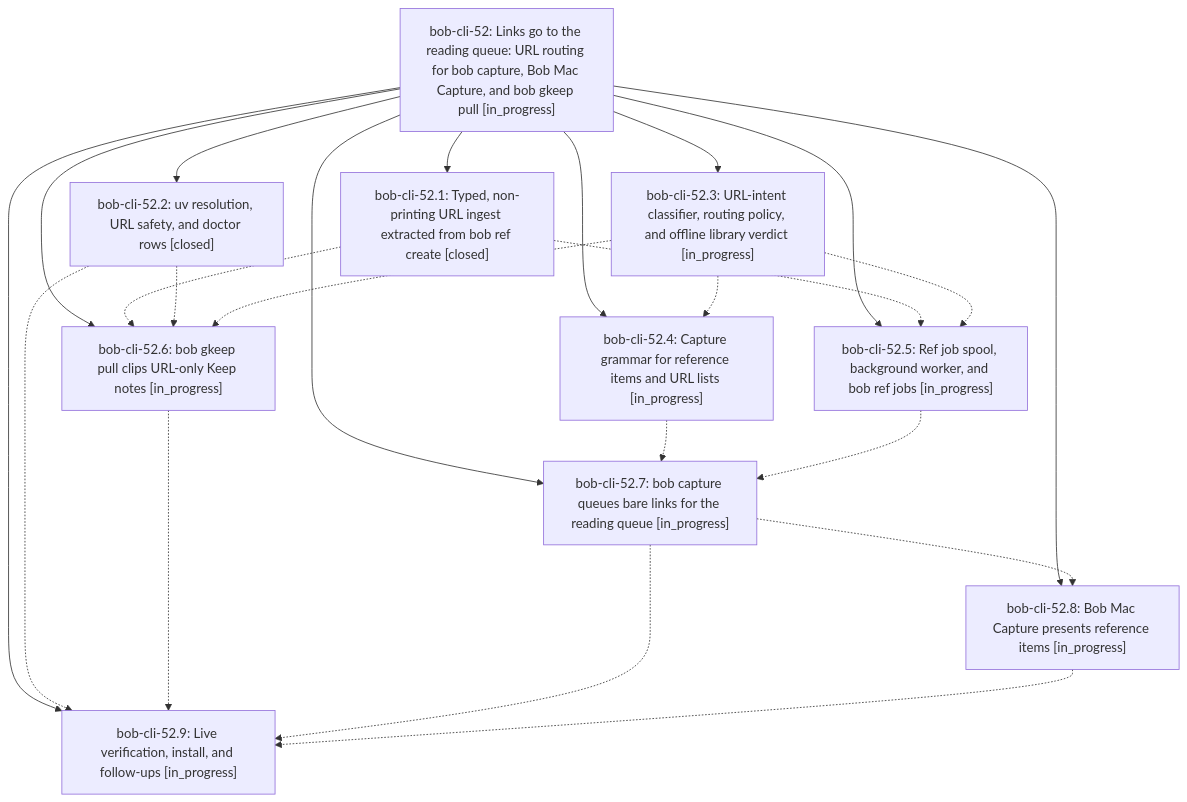
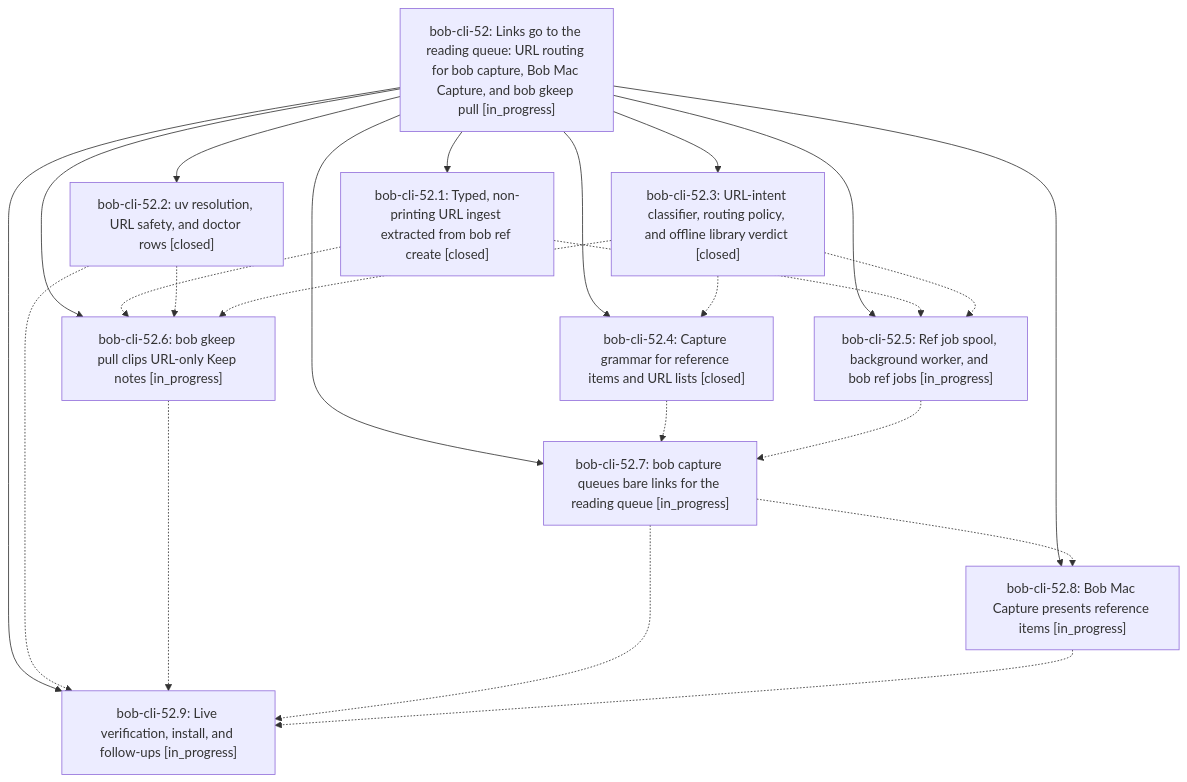
The diagram in pages/bob-cli-52/README.md (bobs-org/bob-cli--beads), drawn with Mermaid before and after one commit. The commit also changed other lines of this file and 5 other files, not shown here.

First line of the commit message:
chore(beads): sync bead state and pages for bob-cli-52

````diff
--- a/pages/bob-cli-52/README.md
+++ b/pages/bob-cli-52/README.md
@@ -30,35 +30,35 @@
 ```mermaid
 flowchart TD
     n0["bob-cli-52: Links go to the reading queue: URL routing for bob capture, Bob Mac Capture, and bob gkeep pull [in_progress]"]
     n1["bob-cli-52.1: Typed, non-printing URL ingest extracted from bob ref create [closed]"]
     n2["bob-cli-52.2: uv resolution, URL safety, and doctor rows [closed]"]
-    n3["bob-cli-52.3: URL-intent classifier, routing policy, and offline library verdict [in_progress]"]
-    n4["bob-cli-52.4: Capture grammar for reference items and URL lists [in_progress]"]
+    n3["bob-cli-52.3: URL-intent classifier, routing policy, and offline library verdict [closed]"]
+    n4["bob-cli-52.4: Capture grammar for reference items and URL lists [closed]"]
     n5["bob-cli-52.5: Ref job spool, background worker, and bob ref jobs [in_progress]"]
     n6["bob-cli-52.6: bob gkeep pull clips URL-only Keep notes [in_progress]"]
     n7["bob-cli-52.7: bob capture queues bare links for the reading queue [in_progress]"]
     n8["bob-cli-52.8: Bob Mac Capture presents reference items [in_progress]"]
     n9["bob-cli-52.9: Live verification, install, and follow-ups [in_progress]"]
     n0 --> n1
     n0 --> n2
     n0 --> n3
     n0 --> n4
     n0 --> n5
     n0 --> n6
     n0 --> n7
     n0 --> n8
     n0 --> n9
     n1 -.-> n5
     n1 -.-> n6
     n2 -.-> n6
     n2 -.-> n9
     n3 -.-> n4
     n3 -.-> n5
     n3 -.-> n6
     n4 -.-> n7
     n5 -.-> n7
     n6 -.-> n9
     n7 -.-> n8
     n7 -.-> n9
     n8 -.-> n9
 ```
````
